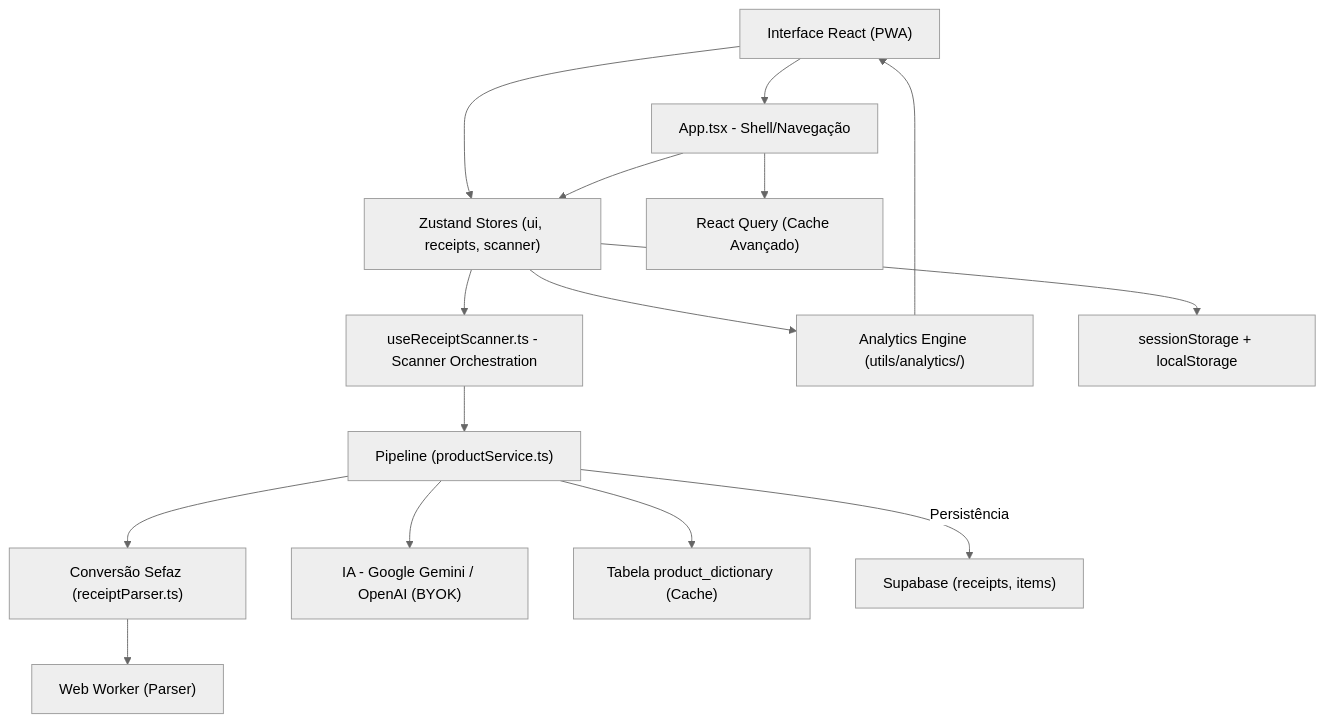
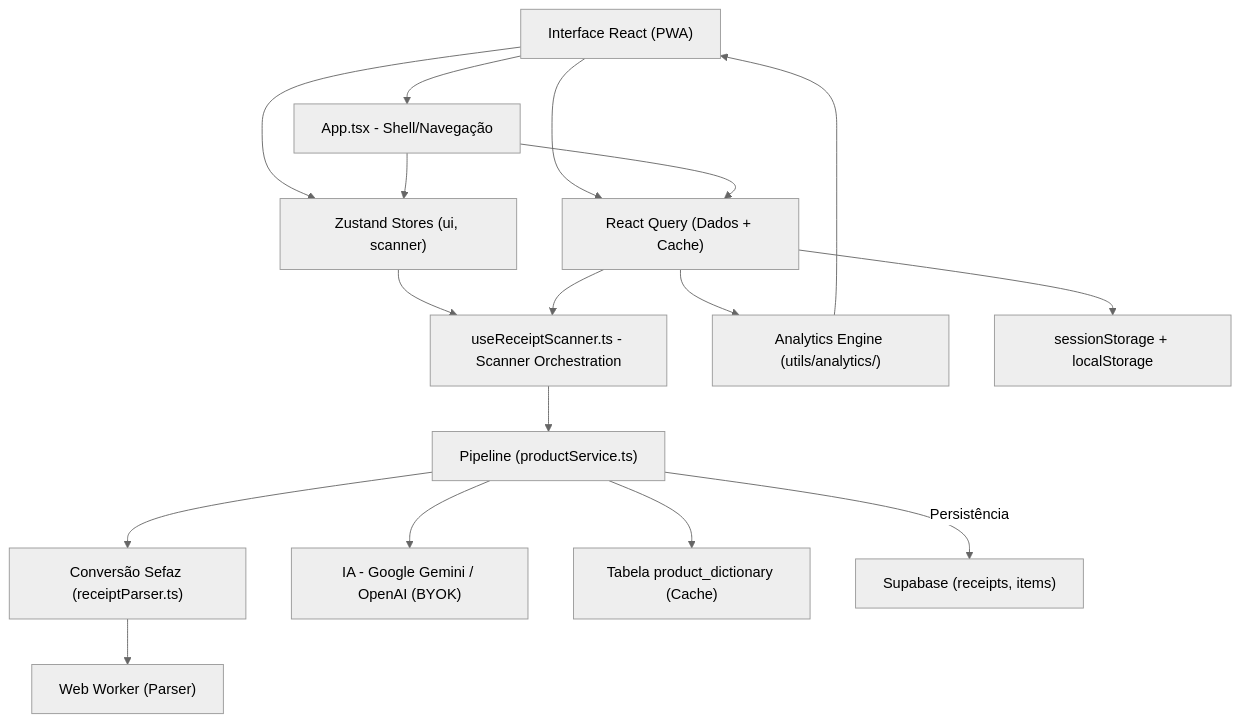
The first of 2 diagrams in ARCHITECTURE.md (Bosguega/my_mercado), drawn with Mermaid (neutral theme) before and after one commit. The commit also changed other lines of this file, not shown here.

First line of the commit message:
docs: update ARCHITECTURE.md to reflect Zustand to React Query migration

````diff
--- a/ARCHITECTURE.md
+++ b/ARCHITECTURE.md
@@ -27,31 +27,33 @@
 ```mermaid
 graph TD
     UI["Interface React (PWA)"]
     App["App.tsx - Shell/Navegação"]
-    Stores["Zustand Stores (ui, receipts, scanner)"]
+    Stores["Zustand Stores (ui, scanner)"]
+    Query["React Query (Dados + Cache)"]
     ScannerHook["useReceiptScanner.ts - Scanner Orchestration"]
     Analytics["Analytics Engine (utils/analytics/)"]
     Pipeline["Pipeline (productService.ts)"]
     Services["Conversão Sefaz (receiptParser.ts)"]
     AI["IA - Google Gemini / OpenAI (BYOK)"]
     Dictionary["Tabela product_dictionary (Cache)"]
     Supabase["Supabase (receipts, items)"]
     LocalStorage["sessionStorage + localStorage"]
-    Query["React Query (Cache Avançado)"]
     Worker["Web Worker (Parser)"]
 
     UI --> App
     UI --> Stores
+    UI --> Query
     App --> Stores
+    App --> Query
     Stores --> ScannerHook
-    Stores --> Analytics
+    Query --> ScannerHook
+    Query --> Analytics
     ScannerHook --> Pipeline
     Pipeline --> Services
     Pipeline --> Dictionary
     Pipeline --> AI
     Pipeline -- "Persistência" --> Supabase
-    Stores --> LocalStorage
+    Query --> LocalStorage
     Analytics --> UI
-    App --> Query
     Services --> Worker
 ```
````
